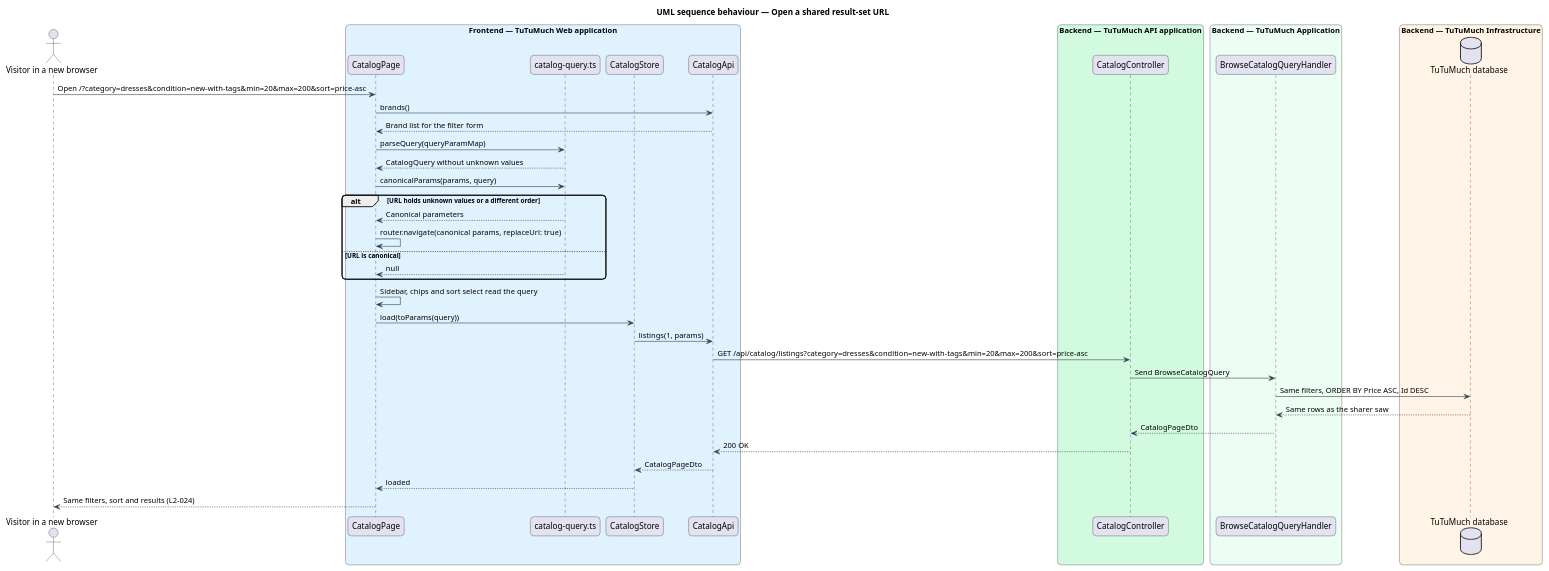
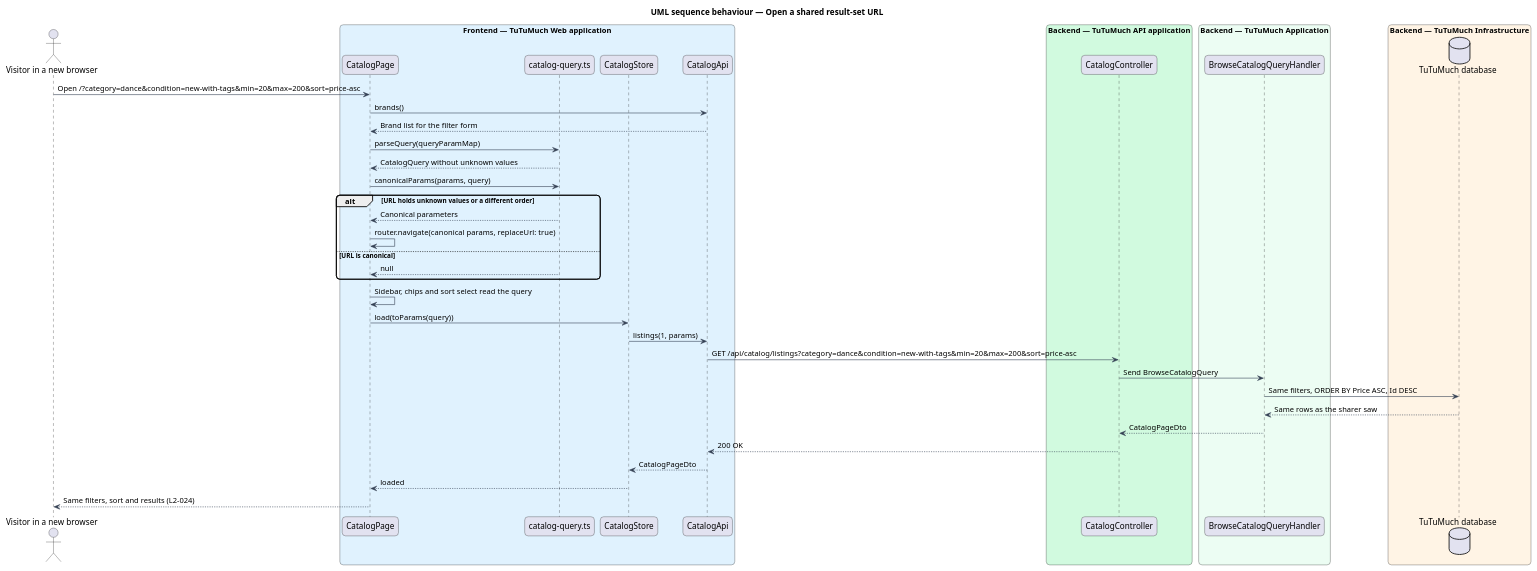
The diagram in docs/detailed-designs/catalog/search-and-filter-catalog/diagrams/sequence-open-shared-url.puml (QuinntyneBrown/tutumuch), drawn with PlantUML before and after one commit. The commit also changed 413 other files, not shown here.

```diff
--- a/docs/detailed-designs/catalog/search-and-filter-catalog/diagrams/sequence-open-shared-url.puml
+++ b/docs/detailed-designs/catalog/search-and-filter-catalog/diagrams/sequence-open-shared-url.puml
@@ -1,48 +1,48 @@
 @startuml
 title UML sequence behaviour — Open a shared result-set URL
 skinparam backgroundColor #FFFFFF
 skinparam shadowing false
 skinparam roundcorner 12
 skinparam defaultFontName Arial
 skinparam ArrowColor #344054
 actor "Visitor in a new browser" as actor
 box "Frontend — TuTuMuch Web application" #E0F2FE
   participant "CatalogPage" as page
   participant "catalog-query.ts" as codec
   participant "CatalogStore" as store
   participant "CatalogApi" as client
 end box
 box "Backend — TuTuMuch API application" #D1FADF
   participant "CatalogController" as controller
 end box
 box "Backend — TuTuMuch Application" #ECFDF3
   participant "BrowseCatalogQueryHandler" as handler
 end box
 box "Backend — TuTuMuch Infrastructure" #FFF4E5
   database "TuTuMuch database" as db
 end box
-actor -> page : Open /?category=dresses&condition=new-with-tags&min=20&max=200&sort=price-asc
+actor -> page : Open /?category=dance&condition=new-with-tags&min=20&max=200&sort=price-asc
 page -> client : brands()
 client --> page : Brand list for the filter form
 page -> codec : parseQuery(queryParamMap)
 codec --> page : CatalogQuery without unknown values
 page -> codec : canonicalParams(params, query)
 alt URL holds unknown values or a different order
   codec --> page : Canonical parameters
   page -> page : router.navigate(canonical params, replaceUrl: true)
 else URL is canonical
   codec --> page : null
 end
 page -> page : Sidebar, chips and sort select read the query
 page -> store : load(toParams(query))
 store -> client : listings(1, params)
-client -> controller : GET /api/catalog/listings?category=dresses&condition=new-with-tags&min=20&max=200&sort=price-asc
+client -> controller : GET /api/catalog/listings?category=dance&condition=new-with-tags&min=20&max=200&sort=price-asc
 controller -> handler : Send BrowseCatalogQuery
 handler -> db : Same filters, ORDER BY Price ASC, Id DESC
 db --> handler : Same rows as the sharer saw
 handler --> controller : CatalogPageDto
 controller --> client : 200 OK
 client --> store : CatalogPageDto
 store --> page : loaded
 page --> actor : Same filters, sort and results (L2-024)
 @enduml
```
